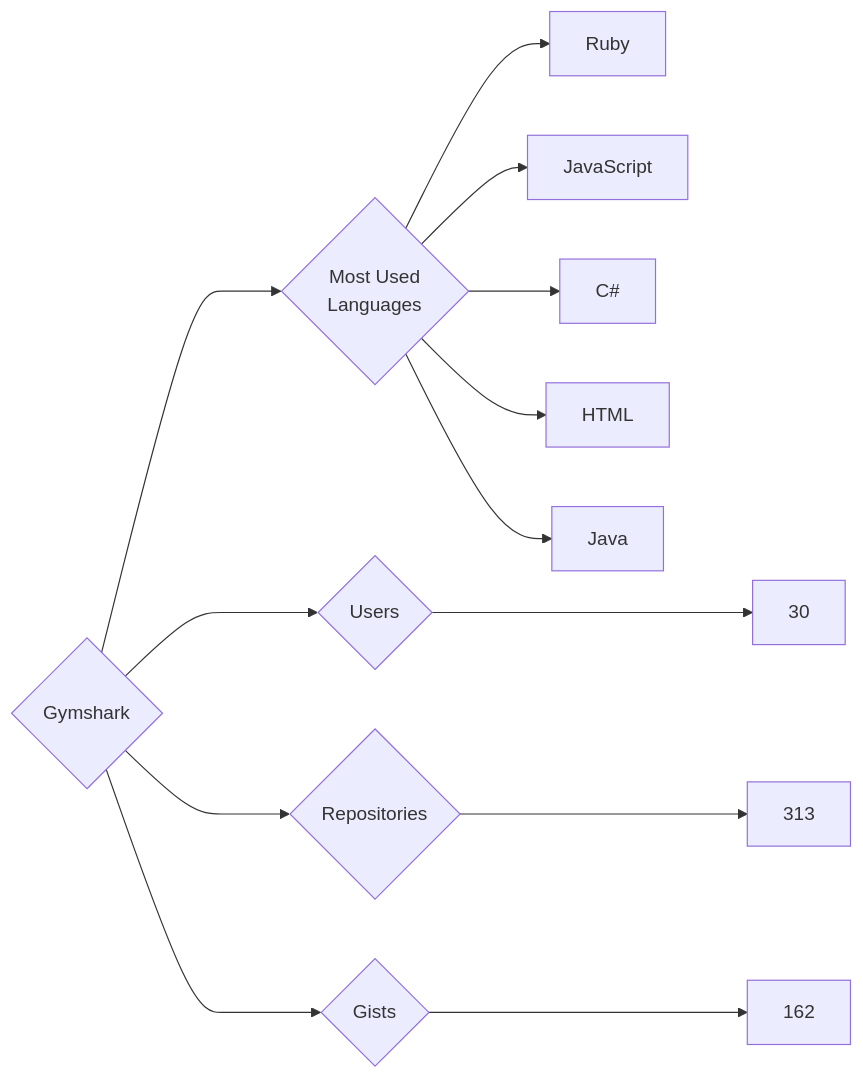
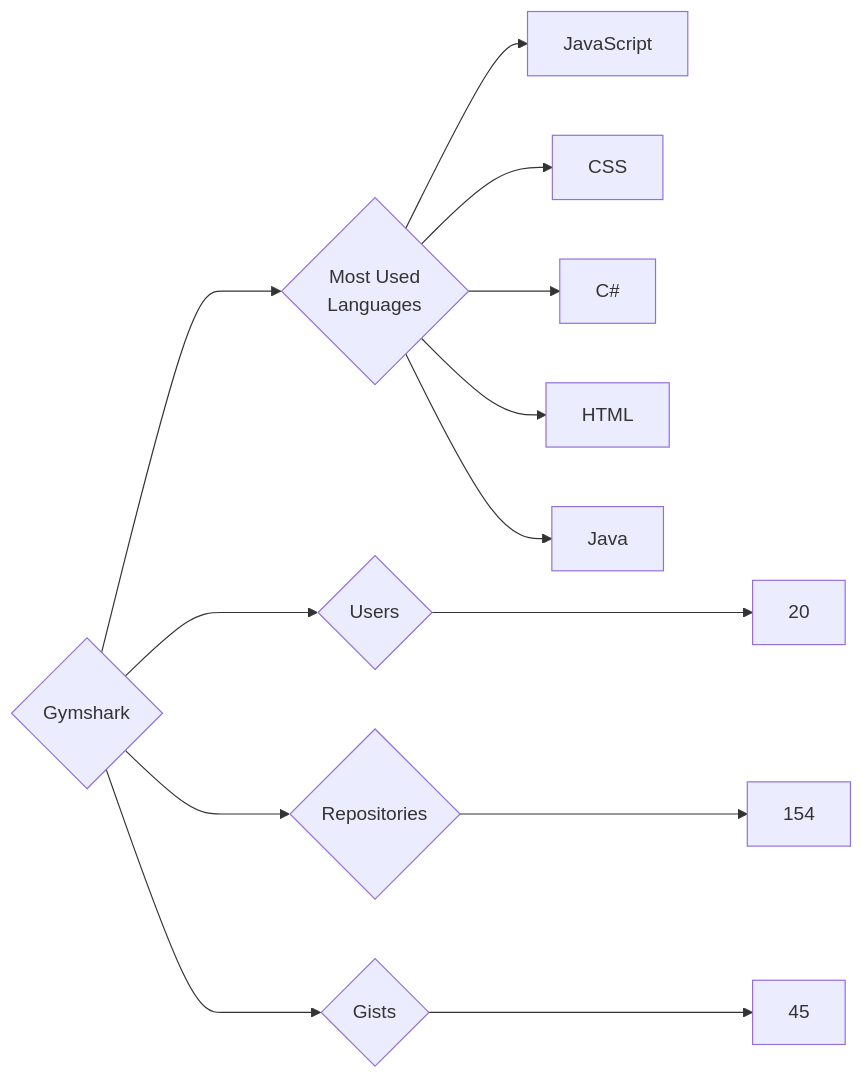
Before and after one commit to trickest/insiders: the diagram in targets/Gymshark/README.md, drawn with Mermaid. The commit also changed 814 other files, not shown here.

````diff
--- a/targets/Gymshark/README.md
+++ b/targets/Gymshark/README.md
@@ -3,13 +3,13 @@
 ```mermaid
 graph LR
 COMPANY_NAME{Gymshark}
-COMPANY_NAME ---> U{Users} ---> UN[30]
-COMPANY_NAME ---> R{Repositories} ---> RN[313]
-COMPANY_NAME ---> G{Gists} ---> GN[162]
+COMPANY_NAME ---> U{Users} ---> UN[20]
+COMPANY_NAME ---> R{Repositories} ---> RN[154]
+COMPANY_NAME ---> G{Gists} ---> GN[45]
 COMPANY_NAME ---> ML{Most Used<br>Languages}
-ML --> Ruby[Ruby]
 ML --> JavaScript[JavaScript]
+ML --> CSS[CSS]
 ML --> C#[C#]
 ML --> HTML[HTML]
 ML --> Java[Java]
 ```
````
